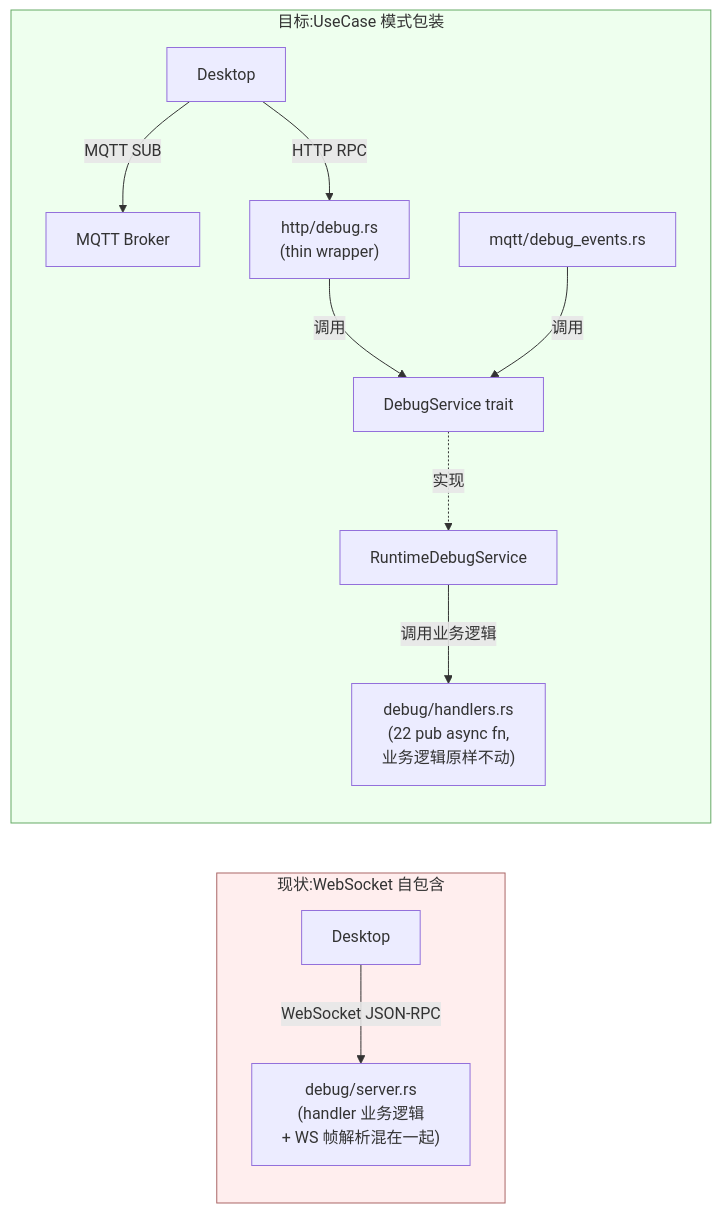
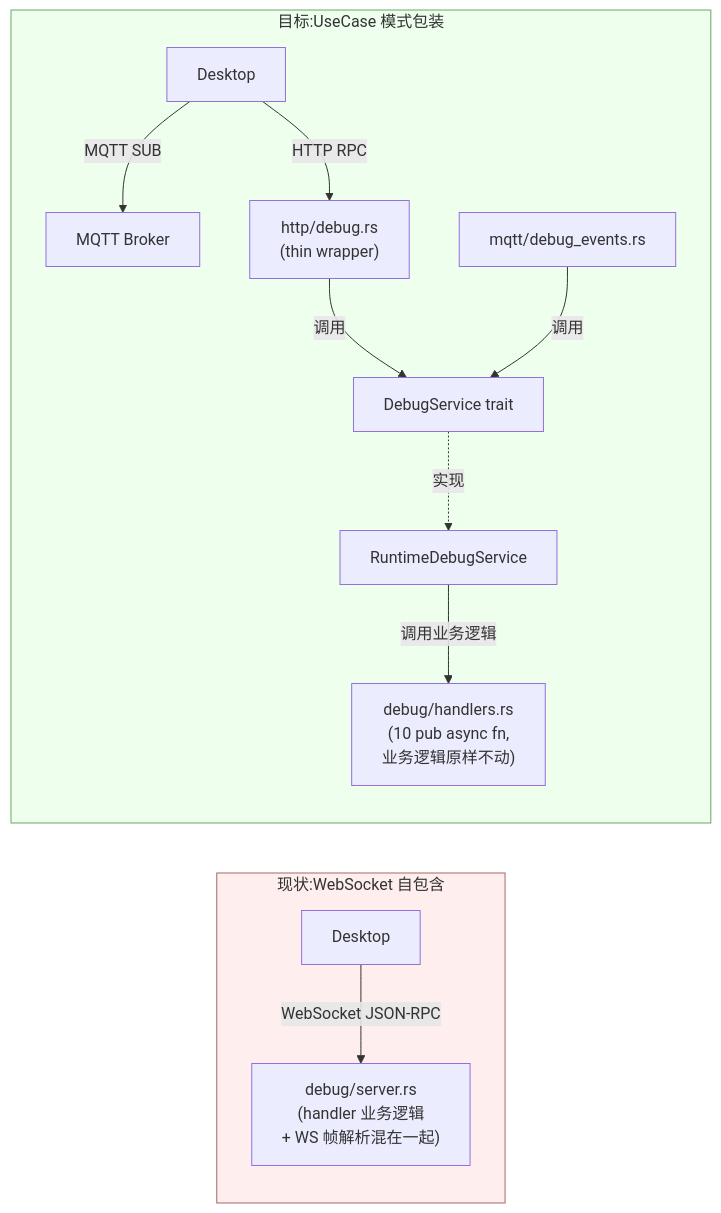
The diagram in docs/adr/zh/ADR-048-debug-protocol-mqtt-http.md (tranxon/ACowork), drawn with Mermaid before and after one commit. The commit also changed other lines of this file and 46 other files, not shown here.

````diff
--- a/docs/adr/zh/ADR-048-debug-protocol-mqtt-http.md
+++ b/docs/adr/zh/ADR-048-debug-protocol-mqtt-http.md
@@ -21,18 +23,18 @@
 ```mermaid
 graph LR
     subgraph Before["现状:WebSocket 自包含"]
         D1["Desktop"] -->|WebSocket JSON-RPC| S1["debug/server.rs<br/>(handler 业务逻辑<br/>+ WS 帧解析混在一起)"]
     end
 
     subgraph After["目标:UseCase 模式包装"]
         D2["Desktop"] -->|MQTT SUB| M["MQTT Broker"]
         D2 -->|HTTP RPC| H1["http/debug.rs<br/>(thin wrapper)"]
         H1 -->|调用| SVC["DebugService trait"]
         EVT["mqtt/debug_events.rs"] -->|调用| SVC
         SVC -.实现.-> IMPL["RuntimeDebugService"]
-        IMPL -->|调用业务逻辑| H2["debug/handlers.rs<br/>(22 pub async fn,<br/>业务逻辑原样不动)"]
+        IMPL -->|调用业务逻辑| H2["debug/handlers.rs<br/>(10 pub async fn,<br/>业务逻辑原样不动)"]
     end
 
     style Before fill:#fee,stroke:#a66
     style After fill:#efe,stroke:#6a6
 ```
````
